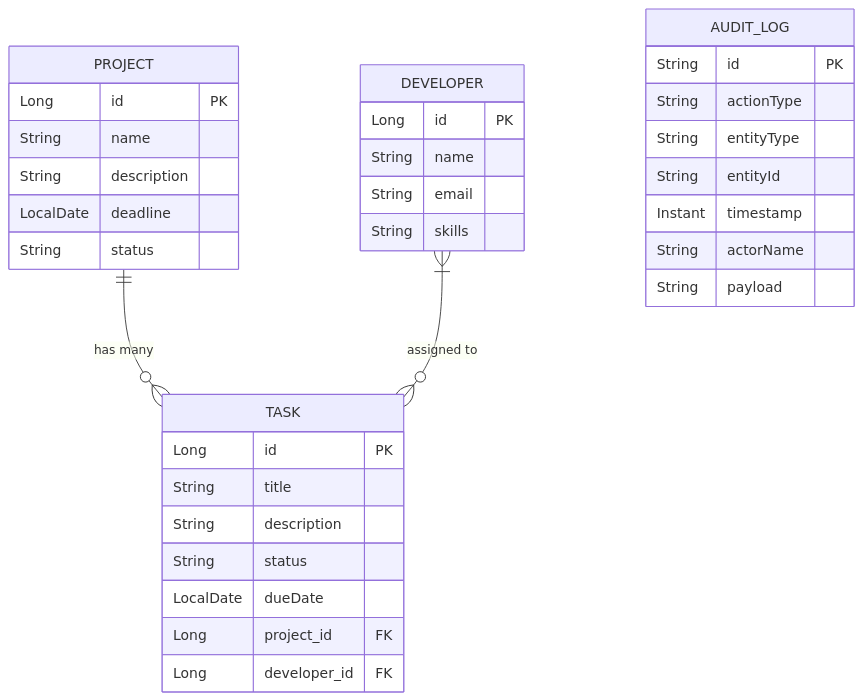
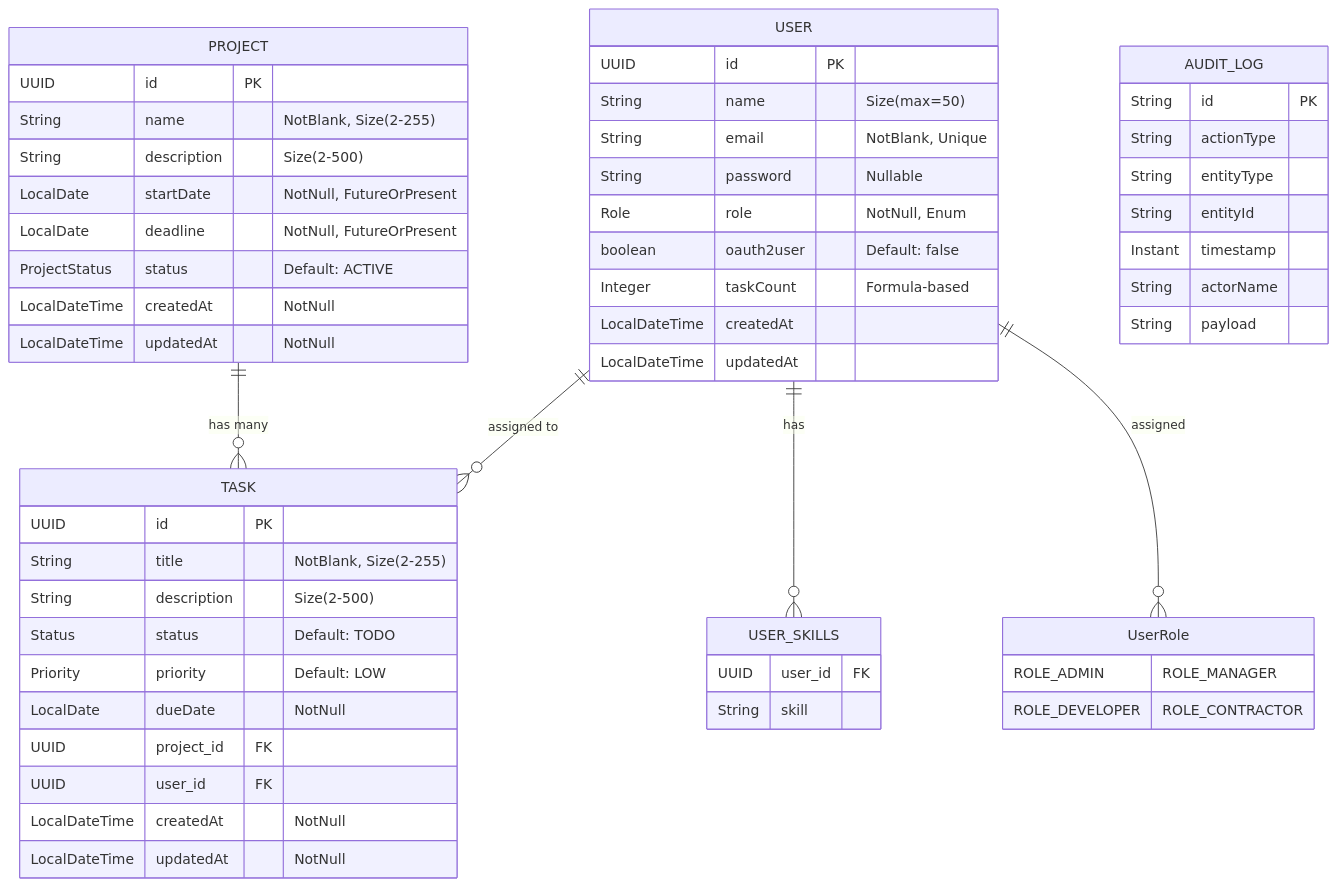
The first of 2 diagrams in README.md (thenoblet/project-tracker), drawn with Mermaid before and after one commit. The commit also changed other lines of this file and 4 other files, not shown here.

````diff
--- a/README.md
+++ b/README.md
@@ -23,40 +25,66 @@
 ```mermaid
 erDiagram
     PROJECT ||--o{ TASK : "has many"
-    DEVELOPER }|--o{ TASK : "assigned to"
-    
+    USER ||--o{ TASK : "assigned to"
+    USER ||--o{ USER_SKILLS : "has"
+    USER ||--o{ UserRole : assigned
+
     PROJECT {
-        Long id PK
-        String name
-        String description
-        LocalDate deadline
-        String status
+        UUID id PK
+        String name "NotBlank, Size(2-255)"
+        String description "Size(2-500)"
+        LocalDate startDate "NotNull, FutureOrPresent"
+        LocalDate deadline "NotNull, FutureOrPresent"
+        ProjectStatus status "Default: ACTIVE"
+        LocalDateTime createdAt "NotNull"
+        LocalDateTime updatedAt "NotNull"
     }
-    
-    DEVELOPER {
-        Long id PK
-        String name
-        String email
-        String skills
+
+    USER {
+        UUID id PK
+        String name "Size(max=50)"
+        String email "NotBlank, Unique"
+        String password "Nullable"
+        Role role "NotNull, Enum"
+        boolean oauth2user "Default: false"
+        Integer taskCount "Formula-based"
+        LocalDateTime createdAt
+        LocalDateTime updatedAt
     }
-    
+
     TASK {
-        Long id PK
-        String title
-        String description
-        String status
-        LocalDate dueDate
-        Long project_id FK
-        Long developer_id FK
+        UUID id PK
+        String title "NotBlank, Size(2-255)"
+        String description "Size(2-500)"
+        Status status "Default: TODO"
+        Priority priority "Default: LOW"
+        LocalDate dueDate "NotNull"
+        UUID project_id FK
+        UUID user_id FK
+        LocalDateTime createdAt "NotNull"
+        LocalDateTime updatedAt "NotNull"
+    }
+
+    USER_SKILLS {
+        UUID user_id FK
+        String skill
     }
     
     AUDIT_LOG {
         String id PK
         String actionType
         String entityType
         String entityId
         Instant timestamp
         String actorName
         String payload
     }
+
+    UserRole { 
+        ROLE_ADMIN
+        ROLE_MANAGER 
+        ROLE_DEVELOPER 
+        ROLE_CONTRACTOR 
+        }
+
 ```
````
